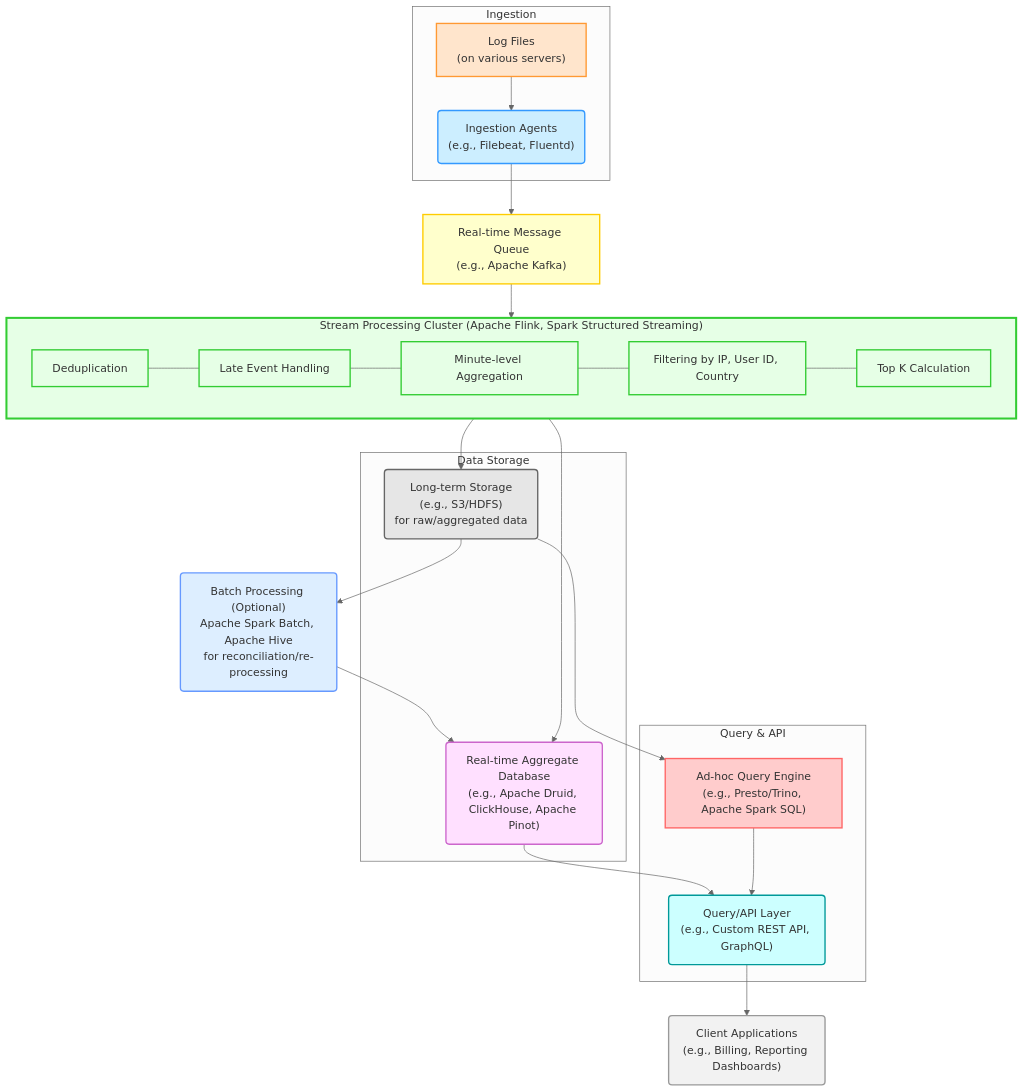
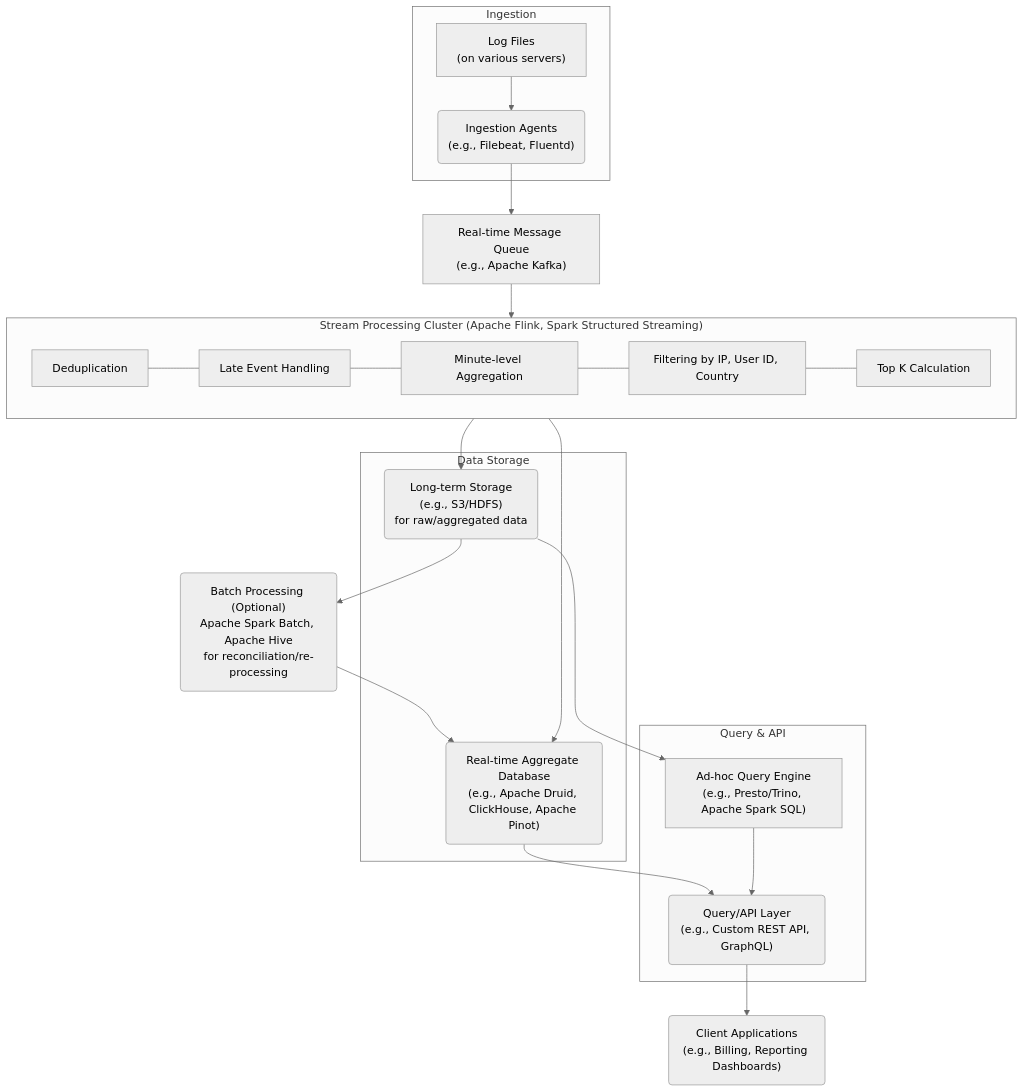
The diagram in content/system-design/advertising/high-level-design.md (sharief007/dev-docs), drawn with Mermaid (neutral theme) before and after one commit. The commit also changed 6 other files, not shown here.

````diff
--- a/content/system-design/advertising/high-level-design.md
+++ b/content/system-design/advertising/high-level-design.md
@@ -53,52 +53,37 @@
 ```mermaid
 flowchart TD
  subgraph Ingestion["Ingestion"]
         A("Ingestion Agents<br>(e.g., Filebeat, Fluentd)")
         L["Log Files<br>(on various servers)"]
   end
  subgraph SPC["Stream Processing Cluster (Apache Flink, Spark Structured Streaming)"]
     direction LR
         LEH["Late Event Handling"]
         Dedupe["Deduplication"]
         MLA["Minute-level Aggregation"]
         Filtering["Filtering by IP, User ID, Country"]
         Calc["Top K Calculation"]
   end
  subgraph subGraph2["Data Storage"]
         RTDB("Real-time Aggregate Database<br>(e.g., Apache Druid, ClickHouse, Apache Pinot)")
         LTS("Long-term Storage<br>(e.g., S3/HDFS)<br>for raw/aggregated data")
   end
  subgraph subGraph3["Query & API"]
         ADHC["Ad-hoc Query Engine<br>(e.g., Presto/Trino, Apache Spark SQL)"]
         QL("Query/API Layer<br>(e.g., Custom REST API, GraphQL)")
   end
     L --> A
     A --> MQ["Real-time Message Queue<br>(e.g., Apache Kafka)"]
     Dedupe --- LEH
     LEH --- MLA
     MLA --- Filtering
     Filtering --- Calc
     MQ --> SPC
     SPC --> RTDB & LTS
     LTS --> BP("Batch Processing (Optional)<br>Apache Spark Batch, Apache Hive<br>for reconciliation/re-processing") & ADHC
     BP --> RTDB
     RTDB --> QL
     ADHC --> QL
     QL --> Client("Client Applications<br>(e.g., Billing, Reporting Dashboards)")
 
-    style A fill:#CCEEFF,stroke:#3399FF,stroke-width:2px,color:#333
-    style L fill:#FFE5CC,stroke:#FF9933,stroke-width:2px,color:#333
-    style LEH fill:#E6FFE6,stroke:#33CC33,stroke-width:2px,color:#333
-    style Dedupe fill:#E6FFE6,stroke:#33CC33,stroke-width:2px,color:#333
-    style MLA fill:#E6FFE6,stroke:#33CC33,stroke-width:2px,color:#333
-    style Filtering fill:#E6FFE6,stroke:#33CC33,stroke-width:2px,color:#333
-    style Calc fill:#E6FFE6,stroke:#33CC33,stroke-width:2px,color:#333
-    style RTDB fill:#FFE0FF,stroke:#CC66CC,stroke-width:2px,color:#333
-    style LTS fill:#E6E6E6,stroke:#666666,stroke-width:2px,color:#333
-    style ADHC fill:#FFCCCC,stroke:#FF6666,stroke-width:2px,color:#333
-    style QL fill:#CCFFFF,stroke:#009999,stroke-width:2px,color:#333
-    style MQ fill:#FFFFCC,stroke:#FFCC00,stroke-width:2px,color:#333
-    style SPC fill:#E6FFE6,stroke:#33CC33,stroke-width:3px,color:#333,padding:20px 
-    style BP fill:#DDEEFF,stroke:#6699FF,stroke-width:2px,color:#333
-    style Client fill:#F2F2F2,stroke:#999999,stroke-width:2px,color:#333
 ```
````
